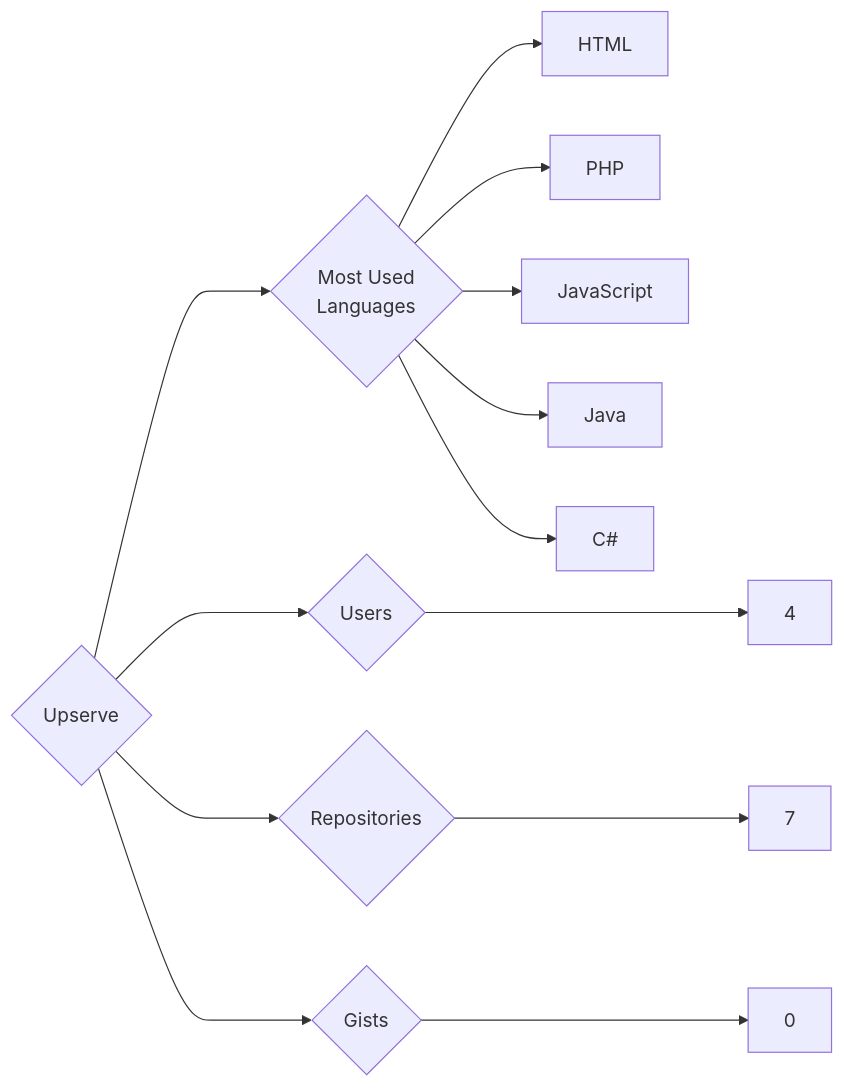
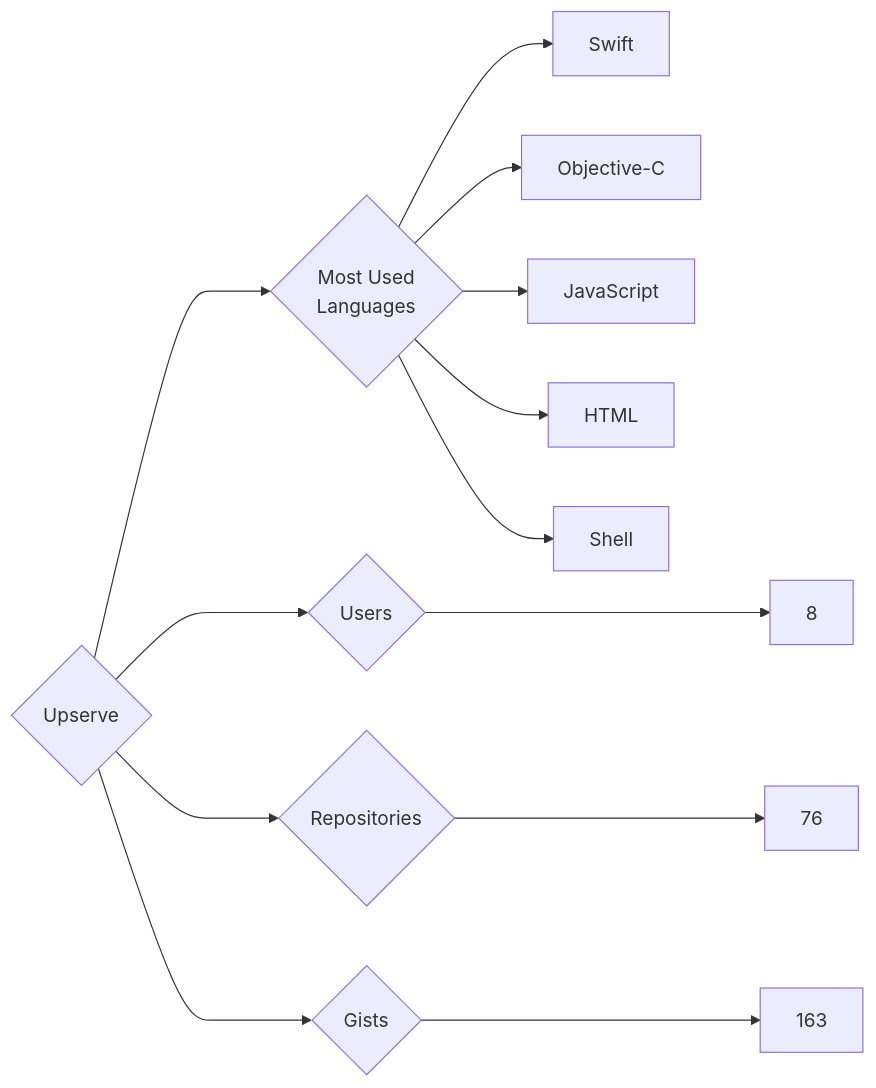
One commit to trickest/insiders changed the diagram in targets/Upserve/README.md. Above: the diagram before and after it, drawn with Mermaid. The commit also changed 940 other files, not shown here.

````diff
--- a/targets/Upserve/README.md
+++ b/targets/Upserve/README.md
@@ -3,13 +3,13 @@
 ```mermaid
 graph LR
 COMPANY_NAME{Upserve}
-COMPANY_NAME ---> U{Users} ---> UN[4]
-COMPANY_NAME ---> R{Repositories} ---> RN[7]
-COMPANY_NAME ---> G{Gists} ---> GN[0]
+COMPANY_NAME ---> U{Users} ---> UN[8]
+COMPANY_NAME ---> R{Repositories} ---> RN[76]
+COMPANY_NAME ---> G{Gists} ---> GN[163]
 COMPANY_NAME ---> ML{Most Used<br>Languages}
+ML --> Swift[Swift]
+ML --> Objective-C[Objective-C]
+ML --> JavaScript[JavaScript]
 ML --> HTML[HTML]
-ML --> PHP[PHP]
-ML --> JavaScript[JavaScript]
-ML --> Java[Java]
-ML --> C#[C#]
+ML --> Shell[Shell]
 ```
````
